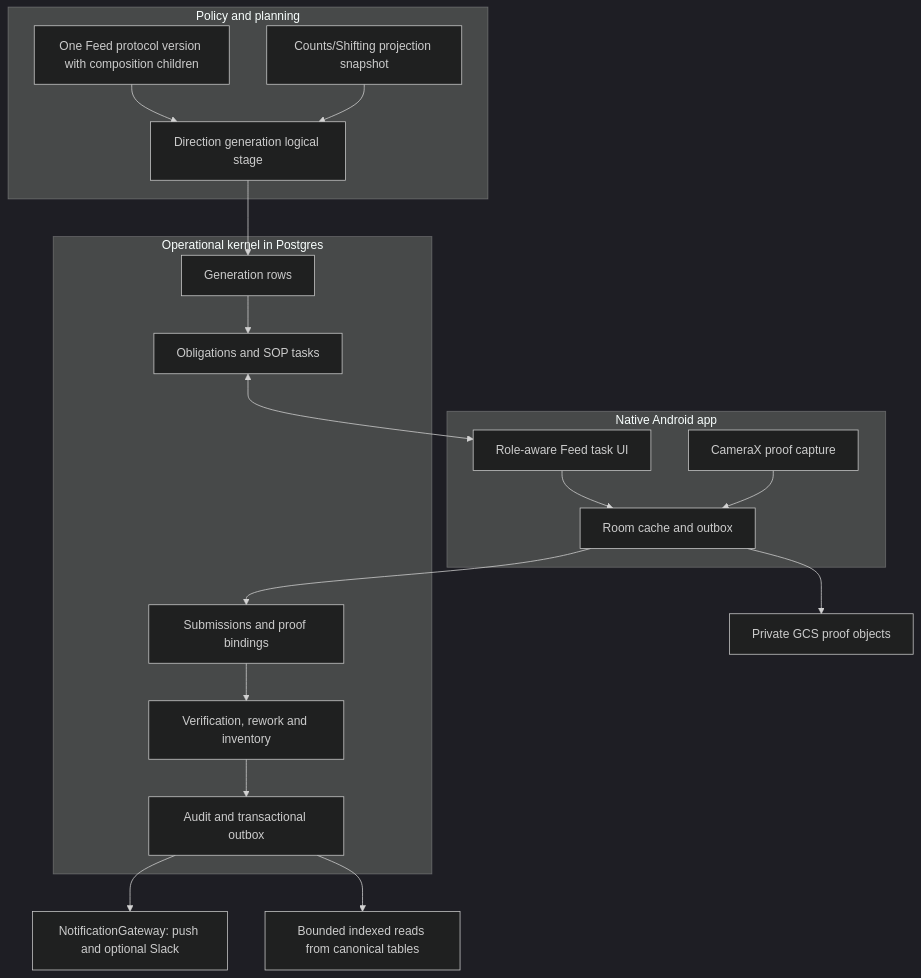
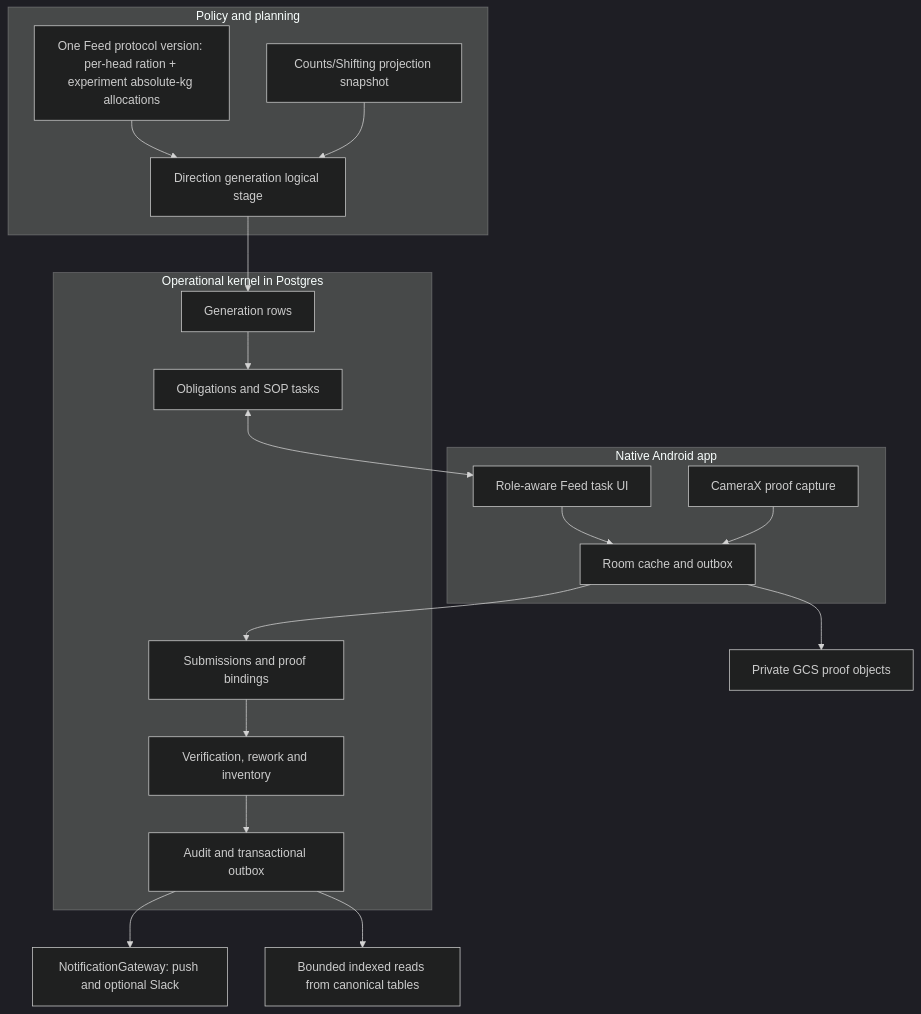
The first of 2 diagrams in docs/feed-direction/SOP-MOBILE-CUTOVER-TRD.md (arya-man/goatos-backup), drawn with Mermaid (dark theme) before and after one commit. The commit also changed other lines of this file and 9 other files, not shown here.

First line of the commit message:
docs(feed): correct experiment feed model to absolute-kg-per-shed

````diff
--- a/docs/feed-direction/SOP-MOBILE-CUTOVER-TRD.md
+++ b/docs/feed-direction/SOP-MOBILE-CUTOVER-TRD.md
@@ -25,37 +28,37 @@
 ```mermaid
 flowchart TB
     subgraph Policy["Policy and planning"]
-        P1["One Feed protocol version with composition children"]
+        P1["One Feed protocol version: per-head ration + experiment absolute-kg allocations"]
         P2["Counts/Shifting projection snapshot"]
         P3["Direction generation logical stage"]
     end
     subgraph Kernel["Operational kernel in Postgres"]
         K1["Generation rows"]
         K2["Obligations and SOP tasks"]
         K3["Submissions and proof bindings"]
         K4["Verification, rework and inventory"]
         K5["Audit and transactional outbox"]
     end
     subgraph Mobile["Native Android app"]
         M1["Role-aware Feed task UI"]
         M2["Room cache and outbox"]
         M3["CameraX proof capture"]
     end
     G["Private GCS proof objects"]
     N["NotificationGateway: push and optional Slack"]
     R["Bounded indexed reads from canonical tables"]
 
     P1 --> P3
     P2 --> P3
     P3 --> K1
     K1 --> K2
     K2 <--> M1
     M1 --> M2
     M3 --> M2
     M2 --> G
     M2 --> K3
     K3 --> K4
     K4 --> K5
     K5 --> N
     K5 --> R
 ```
````
